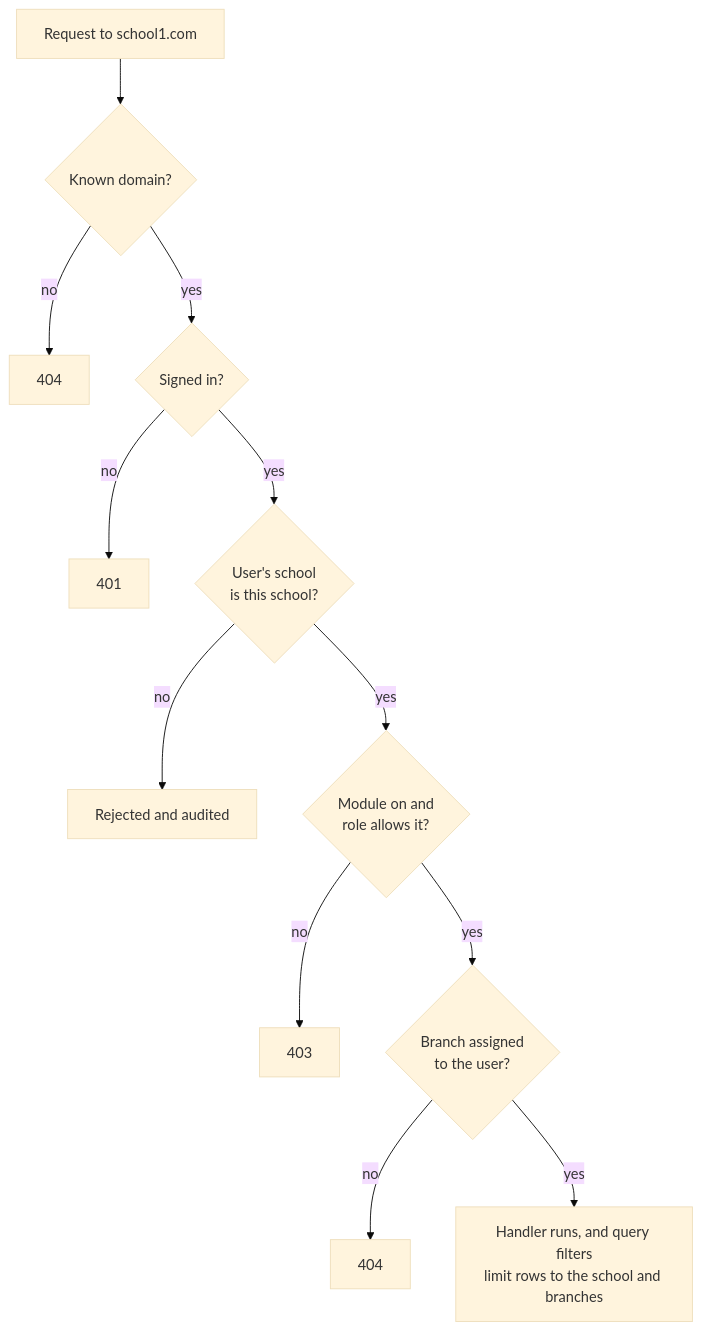
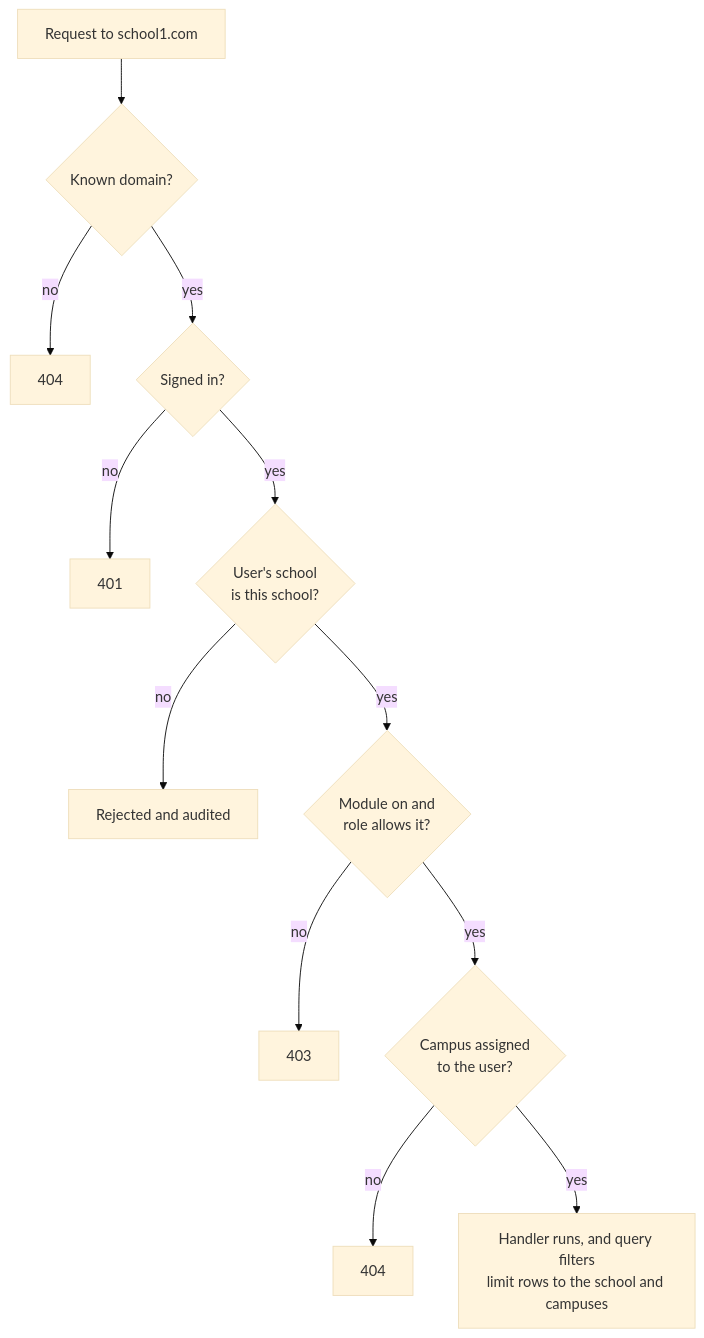
Before and after one commit to ahmedshahjr/Education-Portal: the sixth of 21 diagrams in README.md, drawn with Mermaid (base theme). The commit also changed other lines of this file and 188 other files, not shown here.

Commit message:
fixed campus flow. also by schhool country campus city and rpiovicue should be shhow ibntasd

````diff
--- a/README.md
+++ b/README.md
@@ -422,14 +422,14 @@
 ```mermaid
 flowchart TB
     request["Request to school1.com"] --> known{"Known domain?"}
     known -- no --> notFound["404"]
     known -- yes --> signedIn{"Signed in?"}
     signedIn -- no --> unauthorized["401"]
     signedIn -- yes --> sameSchool{"User's school<br/>is this school?"}
     sameSchool -- no --> rejected["Rejected and audited"]
     sameSchool -- yes --> rights{"Module on and<br/>role allows it?"}
     rights -- no --> forbidden["403"]
-    rights -- yes --> branch{"Branch assigned<br/>to the user?"}
-    branch -- no --> hidden["404"]
-    branch -- yes --> handler["Handler runs, and query filters<br/>limit rows to the school and branches"]
+    rights -- yes --> campus{"Campus assigned<br/>to the user?"}
+    campus -- no --> hidden["404"]
+    campus -- yes --> handler["Handler runs, and query filters<br/>limit rows to the school and campuses"]
 ```
````
